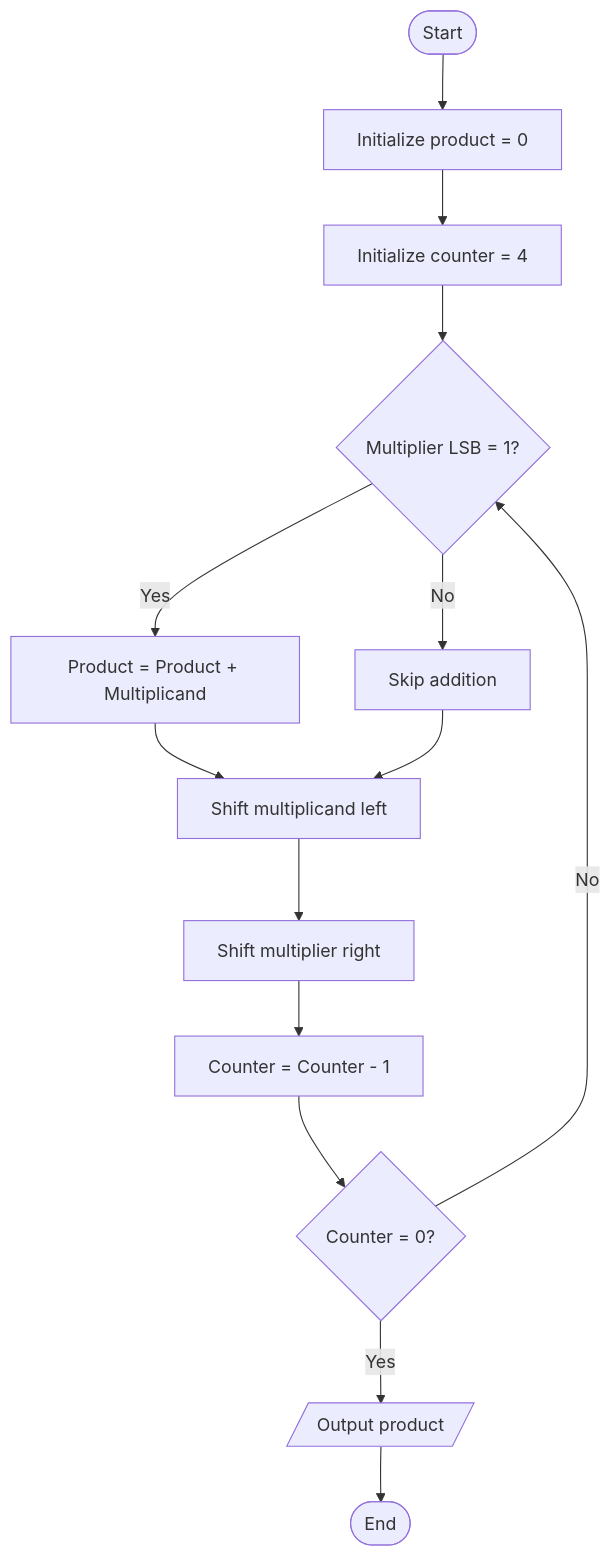
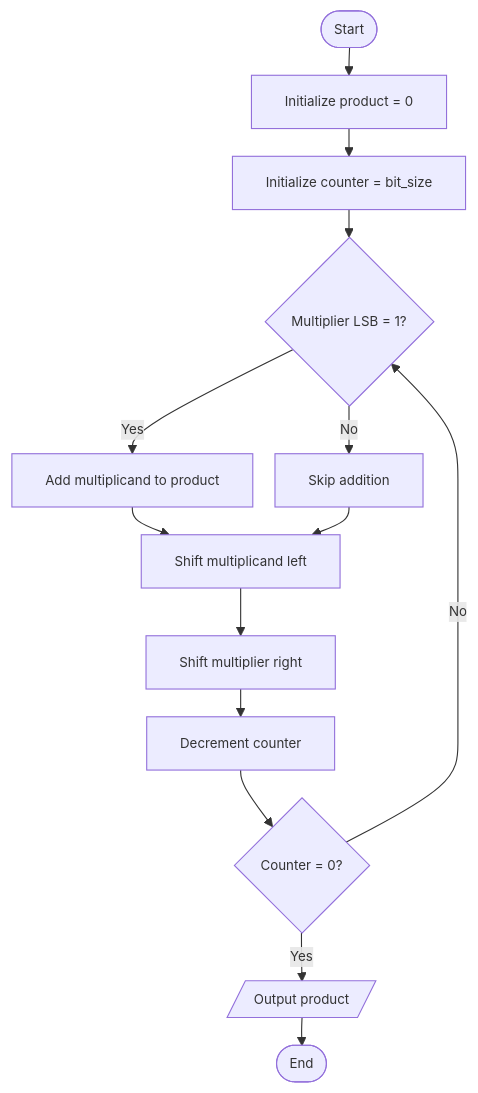
The first of 4 diagrams in Day-02-Application-Binary-Interface/README.md (ananyarf/RISC-V-MYTH), drawn with Mermaid before and after one commit. The commit also changed other lines of this file, not shown here.

Commit message:
updating the flowchart dimensions

````diff
--- a/Day-02-Application-Binary-Interface/README.md
+++ b/Day-02-Application-Binary-Interface/README.md
@@ -996,16 +996,17 @@
 ```mermaid
+%%{init: {'flowchart': {'nodeSpacing': 20, 'rankSpacing': 25}, 'themeVariables': {'fontSize': '12px'}}}%%
 flowchart TD
     A([Start]) --> B[Initialize product = 0]
-    B --> C[Initialize counter = 4]
+    B --> C[Initialize counter = bit_size]
     C --> D{Multiplier LSB = 1?}
-    D -- Yes --> E[Product = Product + Multiplicand]
+    D -- Yes --> E[Add multiplicand to product]
     D -- No --> F[Skip addition]
     E --> G[Shift multiplicand left]
     F --> G
     G --> H[Shift multiplier right]
-    H --> I[Counter = Counter - 1]
+    H --> I[Decrement counter]
     I --> J{Counter = 0?}
     J -- No --> D
     J -- Yes --> K[/Output product/]
     K --> L([End])
 ```
````
